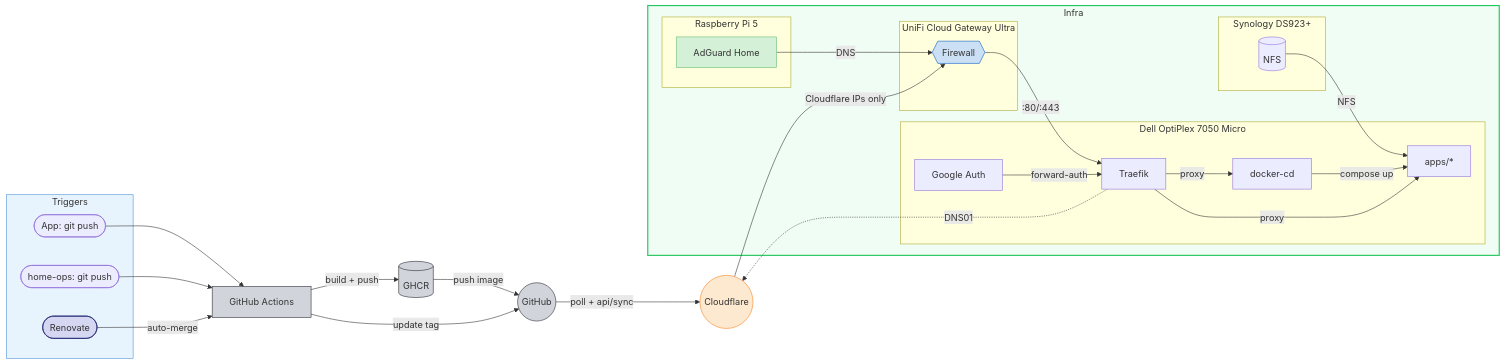
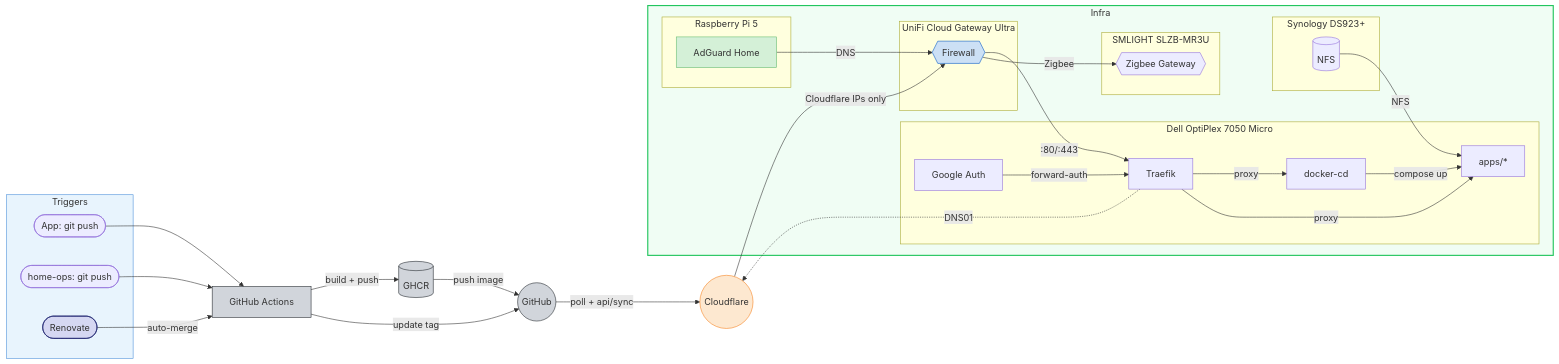
The diagram in README.md (wajeht/home-ops), drawn with Mermaid before and after one commit. The commit also changed other lines of this file, not shown here.

Commit message:
docs: add zigbee gateway to architecture and hardware list

````diff
--- a/README.md
+++ b/README.md
@@ -16,50 +16,55 @@
 ```mermaid
 flowchart LR
     subgraph triggers[Triggers]
         app_push([App: git push])
         ops_push([home-ops: git push])
         renovate([Renovate])
     end
 
     app_push --> ci[GitHub Actions] -->|build + push| ghcr[(GHCR)]
     ghcr -->|push image| github((GitHub))
     ci -->|update tag| github
     ops_push --> ci
     renovate -->|auto-merge| ci
     github -->|poll + api/sync | cf((Cloudflare)) -->|Cloudflare IPs only| unifi -->|:80/:443| traefik -->|proxy| docker_cd
 
     subgraph infra[Infra]
         subgraph dell[Dell OptiPlex 7050 Micro]
             docker_cd[docker-cd] -->|compose up| apps[apps/*]
             traefik[Traefik] -->|proxy| apps
             google_auth[Google Auth] -->|forward-auth| traefik
         end
 
         subgraph nas[Synology DS923+]
             nfs[(NFS)]
         end
 
         subgraph ucg[UniFi Cloud Gateway Ultra]
             unifi{{Firewall}}
         end
 
         subgraph pi[Raspberry Pi 5]
             adguard[AdGuard Home]
         end
 
+        subgraph slzb[SMLIGHT SLZB-MR3U]
+            zigbee{{Zigbee Gateway}}
+        end
+
         nfs -->|NFS| apps
         adguard -->|DNS| unifi
+        unifi -->|Zigbee| zigbee
     end
 
     traefik -.->|DNS01| cf
 
     style triggers fill:#e8f4fd,stroke:#4a90d9
     style infra fill:#f0fdf4,stroke:#22c55e,stroke-width:2px
     style cf fill:#fde8d0,stroke:#f6821f,color:#333
     style github fill:#d1d5db,stroke:#24292e,color:#333
     style ghcr fill:#d1d5db,stroke:#24292e,color:#333
     style ci fill:#d1d5db,stroke:#24292e,color:#333
     style renovate fill:#d5d7f2,stroke:#1a1f6c,color:#333
     style adguard fill:#d4f0d7,stroke:#68bc71,color:#333
     style unifi fill:#cce0f5,stroke:#0559c9,color:#333
 ```
````
